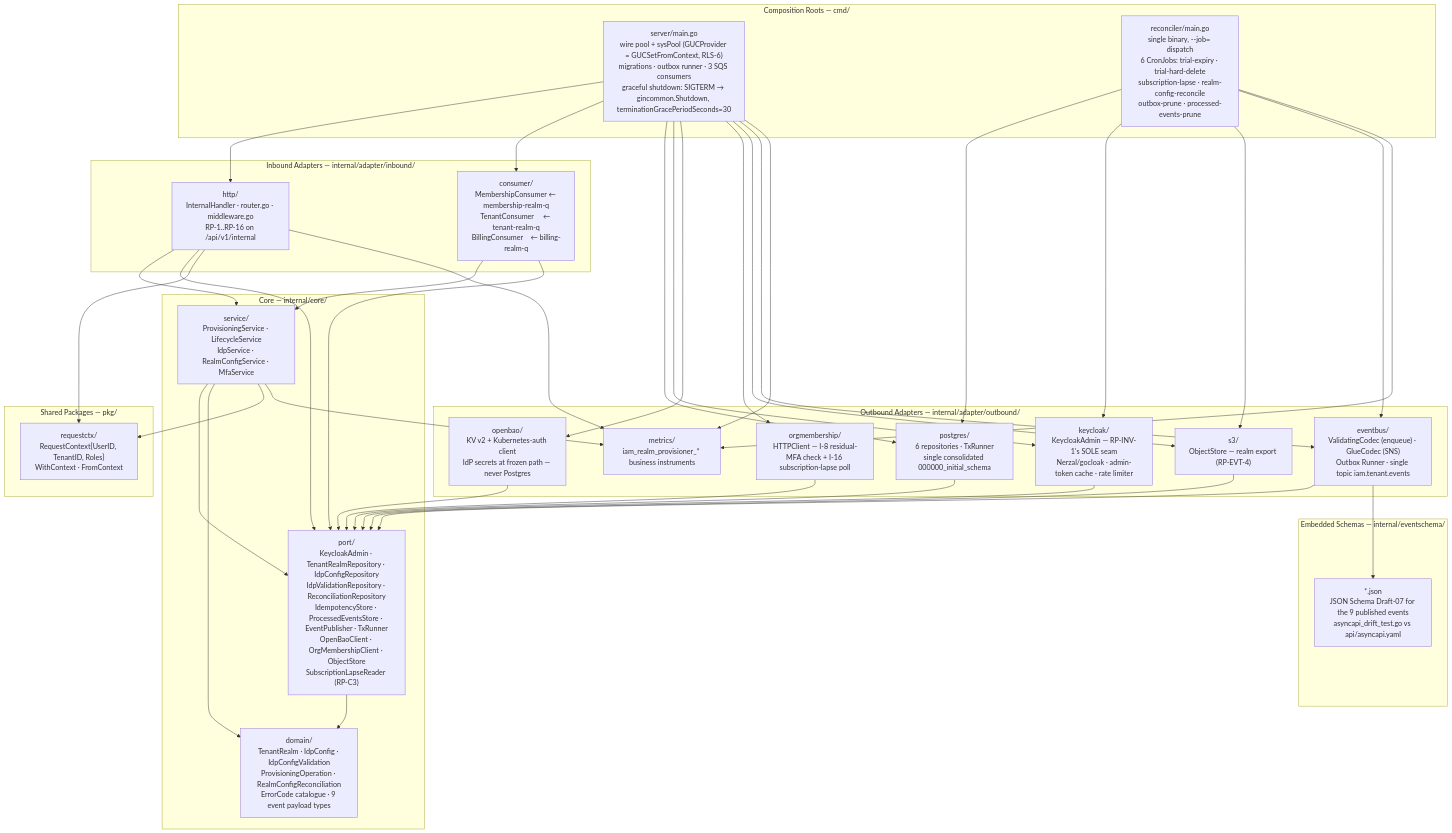
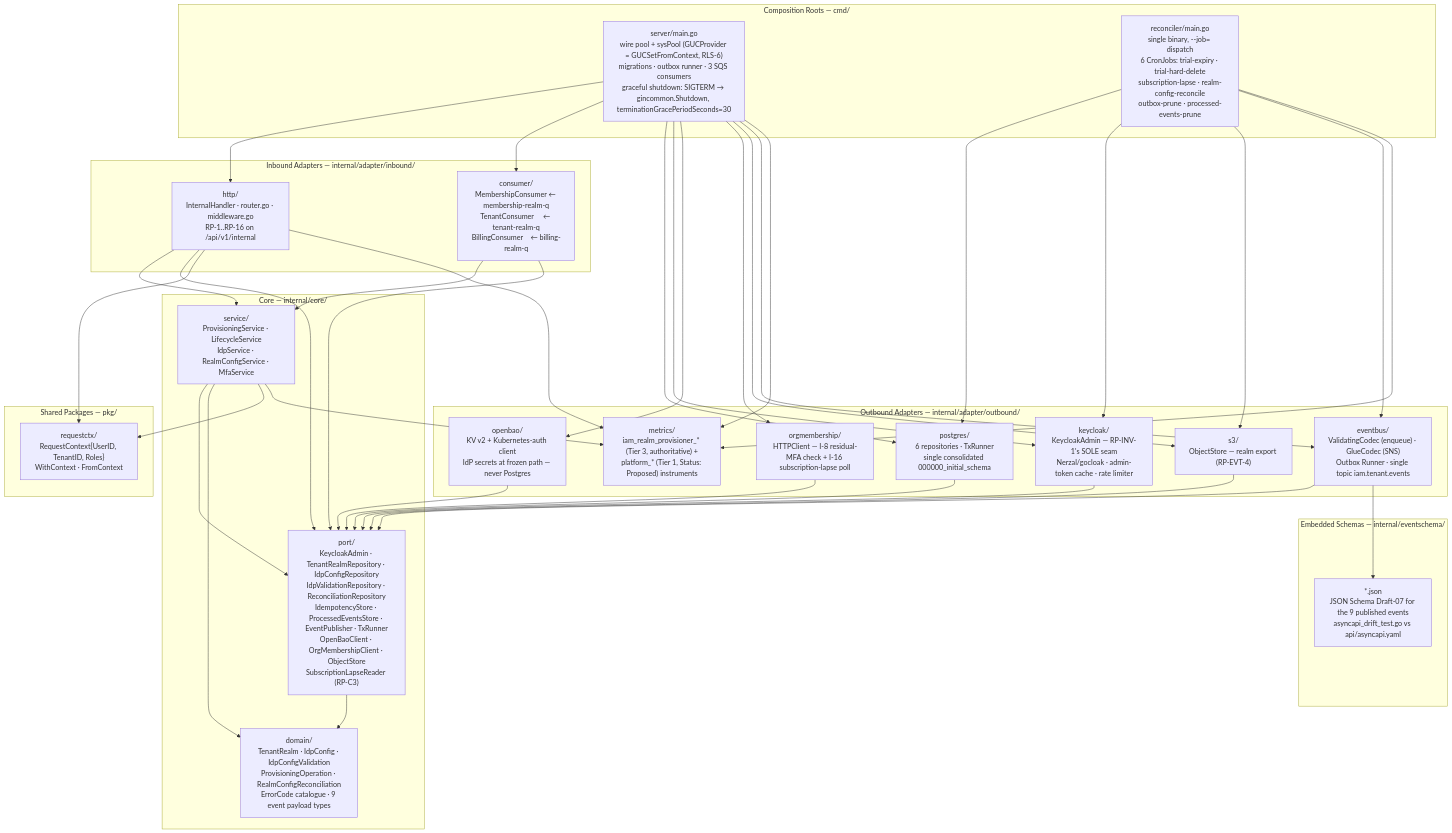
One commit to BCBP-SOLUTIONS-FZC-LLC/iam-realm-provisioner changed the first of 10 diagrams in ARCHITECTURE.md. Above: the diagram before and after it, drawn with Mermaid. The commit also changed other lines of this file and 36 other files, not shown here.

````diff
--- a/ARCHITECTURE.md
+++ b/ARCHITECTURE.md
@@ -17,69 +17,69 @@
 ```mermaid
 graph TD
     subgraph cmd["Composition Roots  —  cmd/"]
         main["server/main.go\nwire pool + sysPool (GUCProvider = GUCSetFromContext, RLS-6)\nmigrations · outbox runner · 3 SQS consumers\ngraceful shutdown: SIGTERM → gincommon.Shutdown, terminationGracePeriodSeconds=30"]
         reconciler["reconciler/main.go\nsingle binary, --job=<name> dispatch\n6 CronJobs: trial-expiry · trial-hard-delete\nsubscription-lapse · realm-config-reconcile\noutbox-prune · processed-events-prune"]
     end
 
     subgraph adapters_in["Inbound Adapters  —  internal/adapter/inbound/"]
         http_h["http/\nInternalHandler · router.go · middleware.go\nRP-1..RP-16 on /api/v1/internal"]
         consumer["consumer/\nMembershipConsumer ← membership-realm-q\nTenantConsumer     ← tenant-realm-q\nBillingConsumer    ← billing-realm-q"]
     end
 
     subgraph adapters_out["Outbound Adapters  —  internal/adapter/outbound/"]
         postgres["postgres/\n6 repositories · TxRunner\nsingle consolidated 000000_initial_schema"]
         keycloak["keycloak/\nKeycloakAdmin — RP-INV-1's SOLE seam\nNerzal/gocloak · admin-token cache · rate limiter"]
         openbao["openbao/\nKV v2 + Kubernetes-auth client\nIdP secrets at frozen path — never Postgres"]
         orgmembership["orgmembership/\nHTTPClient — I-8 residual-MFA check + I-16 subscription-lapse poll"]
         s3["s3/\nObjectStore — realm export (RP-EVT-4)"]
         eventbus["eventbus/\nValidatingCodec (enqueue) · GlueCodec (SNS)\nOutbox Runner · single topic iam.tenant.events"]
-        metrics["metrics/\niam_realm_provisioner_* business instruments"]
+        metrics["metrics/\niam_realm_provisioner_* (Tier 3, authoritative) +\nplatform_* (Tier 1, Status: Proposed) instruments"]
     end
 
     subgraph eventschema_grp["Embedded Schemas  —  internal/eventschema/"]
         eventschema["*.json\nJSON Schema Draft-07 for the 9 published events\nasyncapi_drift_test.go vs api/asyncapi.yaml"]
     end
 
     subgraph core["Core  —  internal/core/"]
         service["service/\nProvisioningService · LifecycleService\nIdpService · RealmConfigService · MfaService"]
         port["port/\nKeycloakAdmin · TenantRealmRepository · IdpConfigRepository\nIdpValidationRepository · ReconciliationRepository\nIdempotencyStore · ProcessedEventsStore · EventPublisher · TxRunner\nOpenBaoClient · OrgMembershipClient · ObjectStore\nSubscriptionLapseReader (RP-C3)"]
         domain["domain/\nTenantRealm · IdpConfig · IdpConfigValidation\nProvisioningOperation · RealmConfigReconciliation\nErrorCode catalogue · 9 event payload types"]
     end
 
     subgraph pkg["Shared Packages  —  pkg/"]
         requestctx["requestctx/\nRequestContext{UserID, TenantID, Roles}\nWithContext · FromContext"]
     end
 
     main        --> http_h
     main        --> consumer
     main        --> postgres
     main        --> keycloak
     main        --> openbao
     main        --> orgmembership
     main        --> s3
     main        --> eventbus
     main        --> metrics
     reconciler  --> postgres
     reconciler  --> keycloak
     reconciler  --> s3
     reconciler  --> eventbus
     reconciler  --> metrics
     http_h      --> service
     http_h      --> port
     http_h      --> requestctx
     http_h      --> metrics
     consumer    --> service
     consumer    --> port
     service     --> port
     service     --> domain
     service     --> requestctx
     service     --> metrics
     postgres    --> port
     keycloak    --> port
     openbao     --> port
     orgmembership --> port
     s3          --> port
     eventbus    --> port
     eventbus    --> eventschema
     port        --> domain
 ```
````
